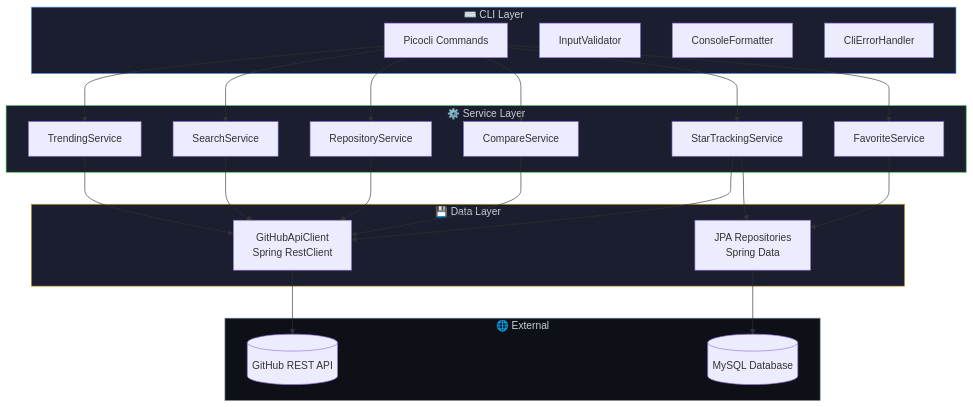
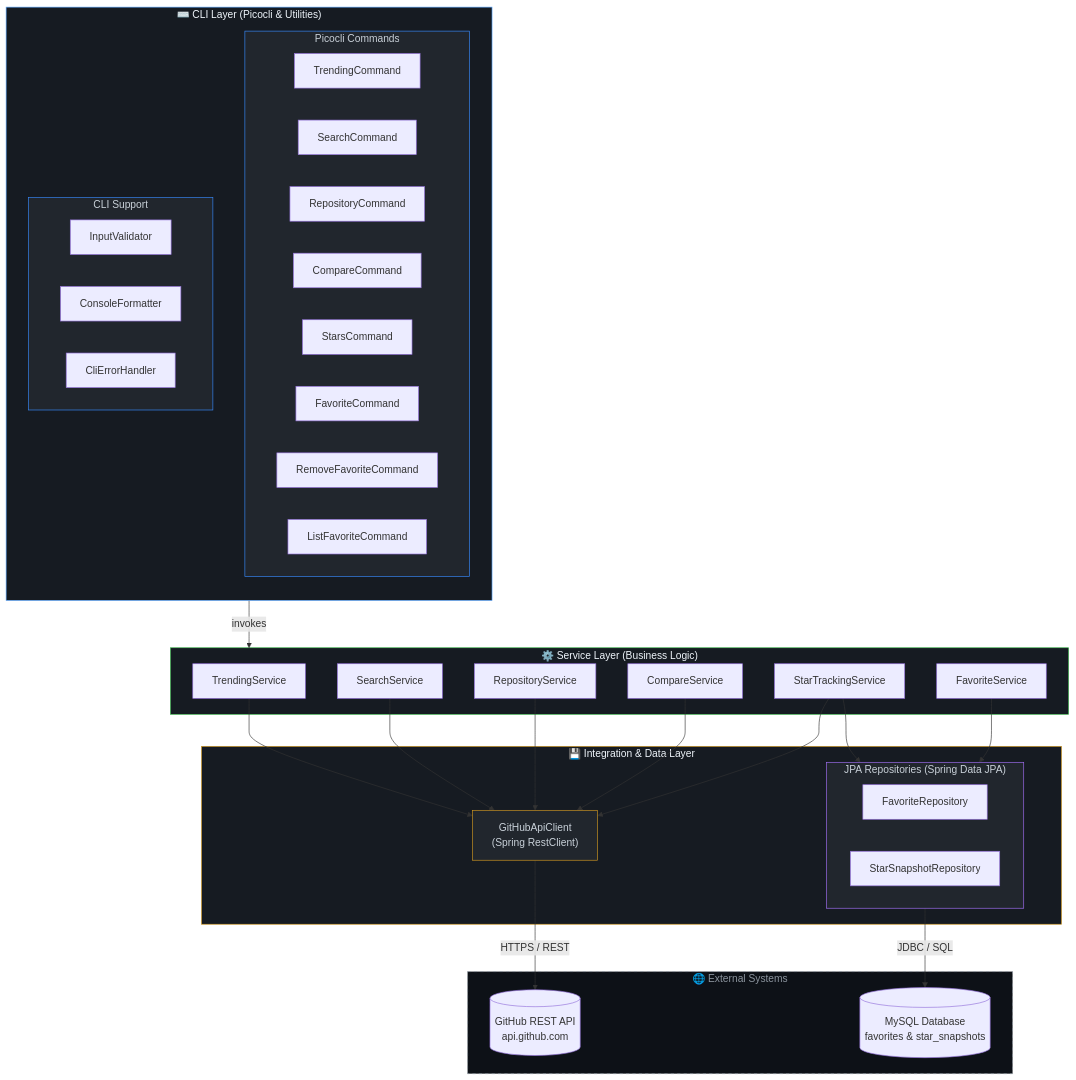
The diagram in README.md (akkiiop/github-developer-insights), drawn with Mermaid before and after one commit. The commit also changed other lines of this file and 2 other files, not shown here.

Commit message:
docs: add professional CLI architecture diagram (SVG & PNG) and update README

````diff
--- a/README.md
+++ b/README.md
@@ -162,39 +172,60 @@
 ```mermaid
 graph TB
-    subgraph CLI["⌨️ CLI Layer"]
-        A[Picocli Commands]
-        B[InputValidator]
-        C[ConsoleFormatter]
-        D[CliErrorHandler]
+    subgraph CLI["⌨️ CLI Layer (Picocli & Utilities)"]
+        direction TB
+        subgraph CMDS["Picocli Commands"]
+            C1[TrendingCommand]
+            C2[SearchCommand]
+            C3[RepositoryCommand]
+            C4[CompareCommand]
+            C5[StarsCommand]
+            C6[FavoriteCommand]
+            C7[RemoveFavoriteCommand]
+            C8[ListFavoriteCommand]
+        end
+        subgraph UTILS["CLI Support"]
+            U1[InputValidator]
+            U2[ConsoleFormatter]
+            U3[CliErrorHandler]
+        end
     end
     
-    subgraph SVC["⚙️ Service Layer"]
-        E[TrendingService]
-        F[SearchService]
-        G[RepositoryService]
-        H[CompareService]
-        I[StarTrackingService]
-        J[FavoriteService]
+    subgraph SVC["⚙️ Service Layer (Business Logic)"]
+        S1[TrendingService]
+        S2[SearchService]
+        S3[RepositoryService]
+        S4[CompareService]
+        S5[StarTrackingService]
+        S6[FavoriteService]
     end
     
-    subgraph DATA["💾 Data Layer"]
-        K[GitHubApiClient<br/>Spring RestClient]
-        L[JPA Repositories<br/>Spring Data]
+    subgraph DATA["💾 Integration & Data Layer"]
+        API["GitHubApiClient<br/>(Spring RestClient)"]
+        subgraph JPA["JPA Repositories (Spring Data JPA)"]
+            R1[FavoriteRepository]
+            R2[StarSnapshotRepository]
+        end
     end
     
-    subgraph EXT["🌐 External"]
-        M[(GitHub REST API)]
-        N[(MySQL Database)]
+    subgraph EXT["🌐 External Systems"]
+        GH[("GitHub REST API<br/>api.github.com")]
+        DB[("MySQL Database<br/>favorites & star_snapshots")]
     end
 
-    A --> E & F & G & H & I & J
-    E & F & G & H & I --> K
-    I & J --> L
-    K --> M
-    L --> N
+    CMDS -->|invokes| SVC
+    S1 & S2 & S3 & S4 --> API
+    S5 --> API
+    S5 --> JPA
+    S6 --> JPA
+    API -->|HTTPS / REST| GH
+    JPA -->|JDBC / SQL| DB
 
-    style CLI fill:#1a1e2e,stroke:#58a6ff,color:#c9d1d9
-    style SVC fill:#1a1e2e,stroke:#3fb950,color:#c9d1d9
-    style DATA fill:#1a1e2e,stroke:#d29922,color:#c9d1d9
-    style EXT fill:#0d1117,stroke:#8b949e,color:#c9d1d9
+    style CLI fill:#161b22,stroke:#58a6ff,color:#f0f6fc
+    style CMDS fill:#21262d,stroke:#388bfd,color:#c9d1d9
+    style UTILS fill:#21262d,stroke:#388bfd,color:#c9d1d9
+    style SVC fill:#161b22,stroke:#3fb950,color:#f0f6fc
+    style DATA fill:#161b22,stroke:#d29922,color:#f0f6fc
+    style API fill:#21262d,stroke:#d29922,color:#c9d1d9
+    style JPA fill:#21262d,stroke:#a371f7,color:#c9d1d9
+    style EXT fill:#0d1117,stroke:#8b949e,stroke-dasharray: 5 5,color:#8b949e
 ```
````
